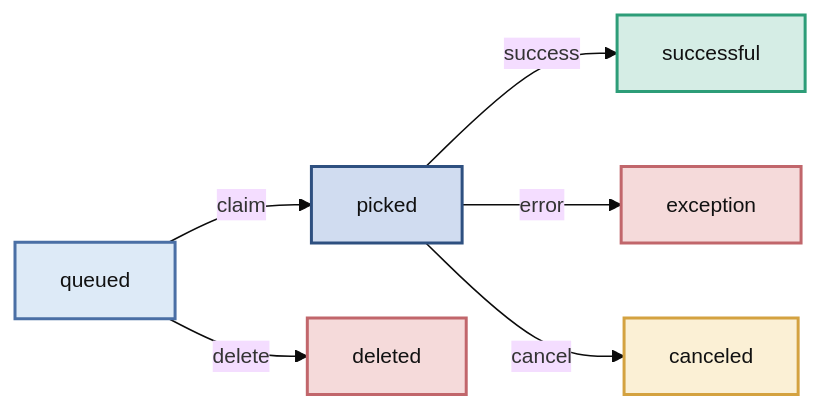
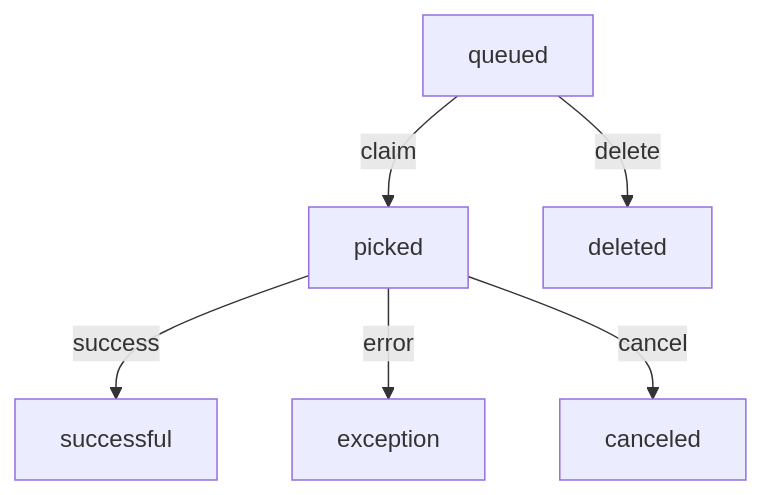
The third of 3 diagrams in docs/reference/architecture.md (janbjorge/pgqueuer), drawn with Mermaid before and after one commit. The commit also changed other lines of this file and 4 other files, not shown here.

First line of the commit message:
fix: make Mermaid diagrams readable in both light and dark mode

````diff
--- a/docs/reference/architecture.md
+++ b/docs/reference/architecture.md
@@ -103,28 +73,9 @@
 ```mermaid
-%%{init: {'theme': 'base', 'themeVariables': {'fontSize': '14px', 'fontFamily': 'Inter, sans-serif'}}}%%
-flowchart LR
-    Queued[queued]
-    Picked[picked]
-    Success[successful]
-    Exception[exception]
-    Canceled[canceled]
-    Deleted[deleted]
+flowchart TD
+    Queued[queued] -->|claim| Picked[picked]
+    Queued -->|delete| Deleted[deleted]
 
-    Queued -->|claim| Picked
-    Queued -->|delete| Deleted
-    Picked -->|success| Success
-    Picked -->|error| Exception
-    Picked -->|cancel| Canceled
-
-    classDef queued   fill:#DDEAF7,stroke:#4A6FA5,stroke-width:2px,color:#111
-    classDef picked   fill:#D0DCF0,stroke:#2E5080,stroke-width:2px,color:#111
-    classDef success  fill:#D5EDE5,stroke:#2D9D78,stroke-width:2px,color:#111
-    classDef error    fill:#F5DADA,stroke:#C1666B,stroke-width:2px,color:#111
-    classDef canceled fill:#FBF0D5,stroke:#D4A240,stroke-width:2px,color:#111
-
-    class Queued queued
-    class Picked picked
-    class Success success
-    class Exception,Deleted error
-    class Canceled canceled
+    Picked -->|success| Success[successful]
+    Picked -->|error| Exception[exception]
+    Picked -->|cancel| Canceled[canceled]
 ```
````
